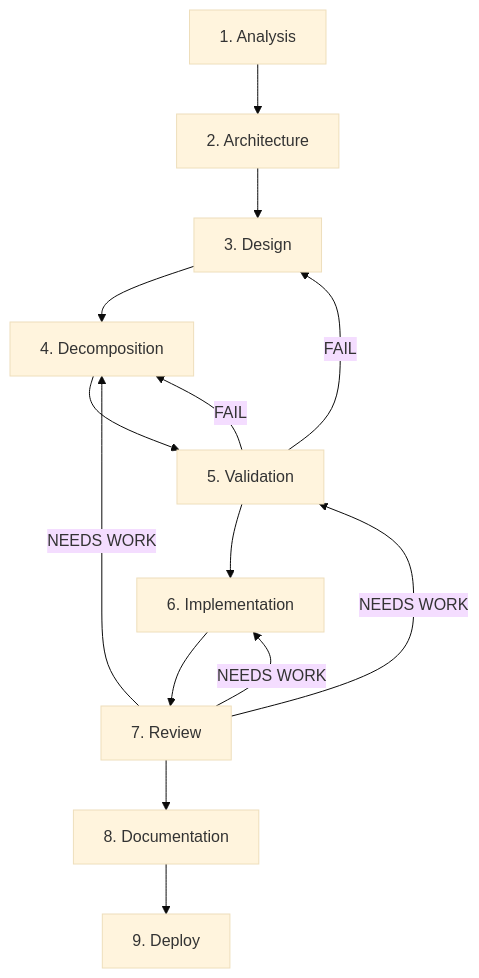
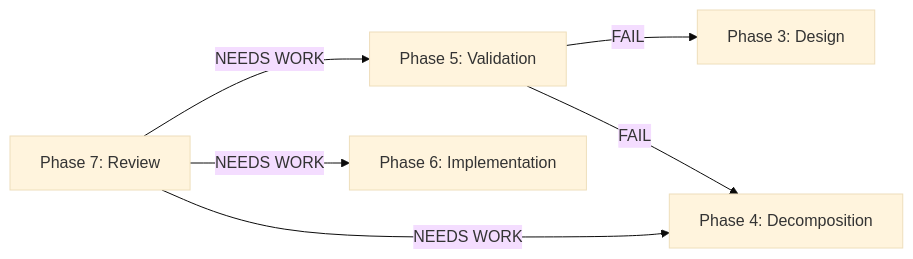
Before and after one commit to AAnkacHH/ankach-dev-framework: the third of 4 diagrams in workflows/dev-pipeline/README.md, drawn with Mermaid (base theme). The commit also changed other lines of this file and 1 other file, not shown here.

````diff
--- a/workflows/dev-pipeline/README.md
+++ b/workflows/dev-pipeline/README.md
@@ -7,16 +99,8 @@
 ```mermaid
-graph TD
-    P1["1. Analysis"] --> P2["2. Architecture"]
-    P2 --> P3["3. Design"]
-    P3 --> P4["4. Decomposition"]
-    P4 --> P5["5. Validation"]
-    P5 --> P6["6. Implementation"]
-    P6 --> P7["7. Review"]
-    P7 --> P8["8. Documentation"]
-    P8 --> P9["9. Deploy"]
-    P5 -- "FAIL" --> P3
-    P5 -- "FAIL" --> P4
+graph LR
+    P5["Phase 5: Validation"] -- "FAIL" --> P3["Phase 3: Design"]
+    P5 -- "FAIL" --> P4["Phase 4: Decomposition"]
+    P7["Phase 7: Review"] -- "NEEDS WORK" --> P6["Phase 6: Implementation"]
+    P7 -- "NEEDS WORK" --> P5
     P7 -- "NEEDS WORK" --> P4
-    P7 -- "NEEDS WORK" --> P5
-    P7 -- "NEEDS WORK" --> P6
 ```
````
